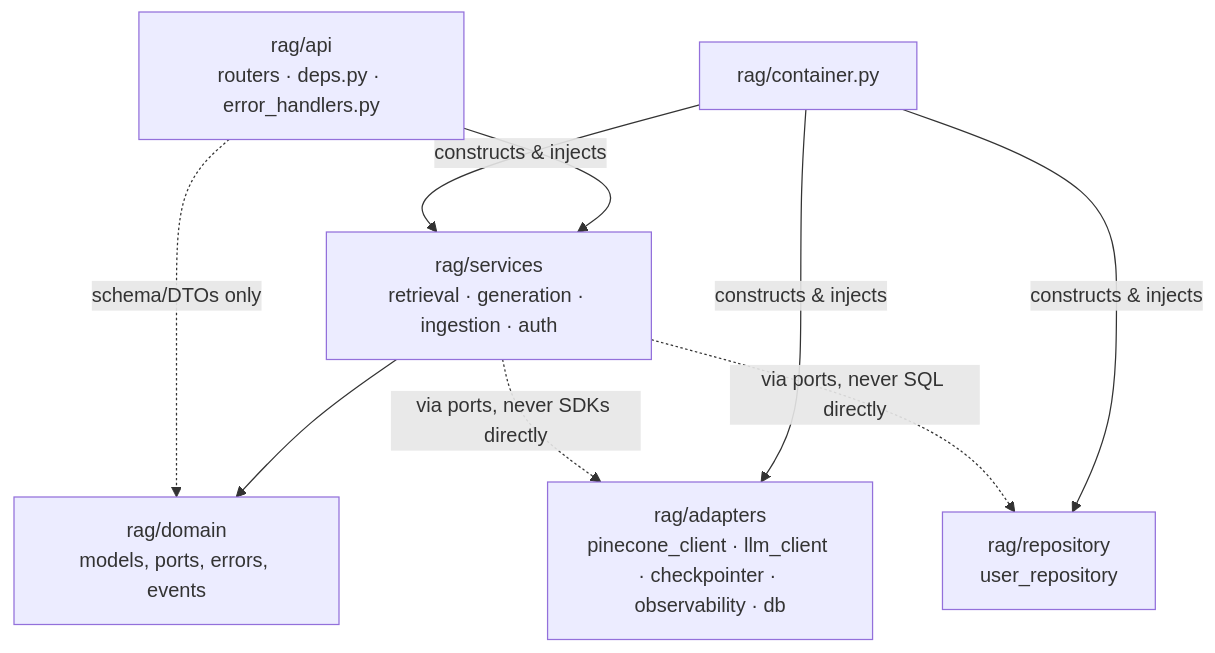
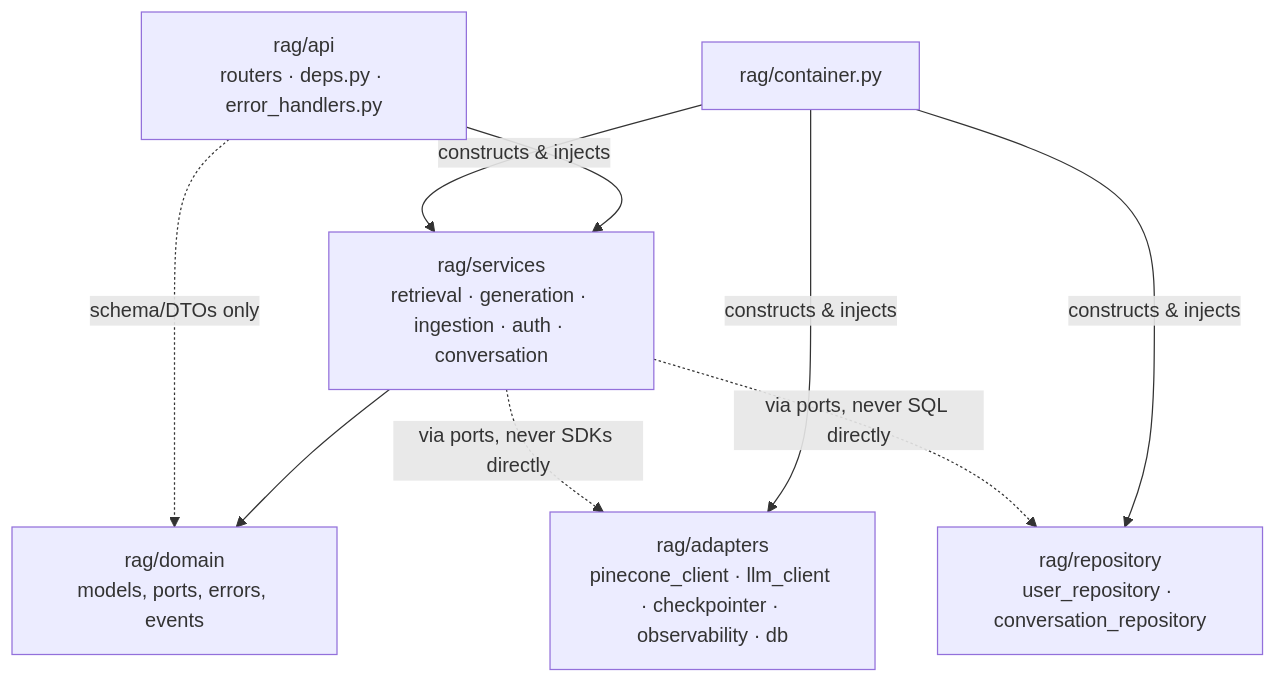
Before and after one commit to hadifar/rag: the second of 5 diagrams in docs/architecture.md, drawn with Mermaid. The commit also changed other lines of this file and 16 other files, not shown here.

````diff
--- a/docs/architecture.md
+++ b/docs/architecture.md
@@ -51,18 +51,18 @@
 ```mermaid
 graph TD
     api[rag/api<br/>routers · deps.py · error_handlers.py]
-    services[rag/services<br/>retrieval · generation · ingestion · auth]
+    services[rag/services<br/>retrieval · generation · ingestion · auth · conversation]
     domain[rag/domain<br/>models, ports, errors, events]
     adapters[rag/adapters<br/>pinecone_client · llm_client · checkpointer · observability · db]
-    repository[rag/repository<br/>user_repository]
+    repository[rag/repository<br/>user_repository · conversation_repository]
     container[rag/container.py<br/>]
 
     api --> services
     services --> domain
     api -.->|schema/DTOs only| domain
     container -->|constructs & injects| adapters
     container -->|constructs & injects| repository
     container -->|constructs & injects| services
     services -.->|via ports, never SDKs directly| adapters
     services -.->|via ports, never SQL directly| repository
 ```
````
